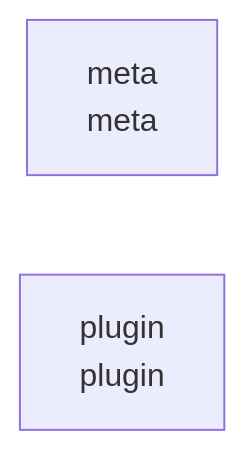
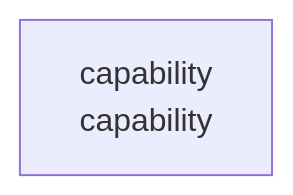
Before and after one commit to cj-mills/cjm-system-monitor-nvidia: the diagram in README.md, drawn with Mermaid. The commit also changed other lines of this file and 10 other files, not shown here.

````diff
--- a/README.md
+++ b/README.md
@@ -22,5 +21,4 @@
 ``` mermaid
 graph LR
-    meta["meta<br/>meta"]
-    plugin["plugin<br/>plugin"]
+    capability["capability<br/>capability"]
 ```
````
